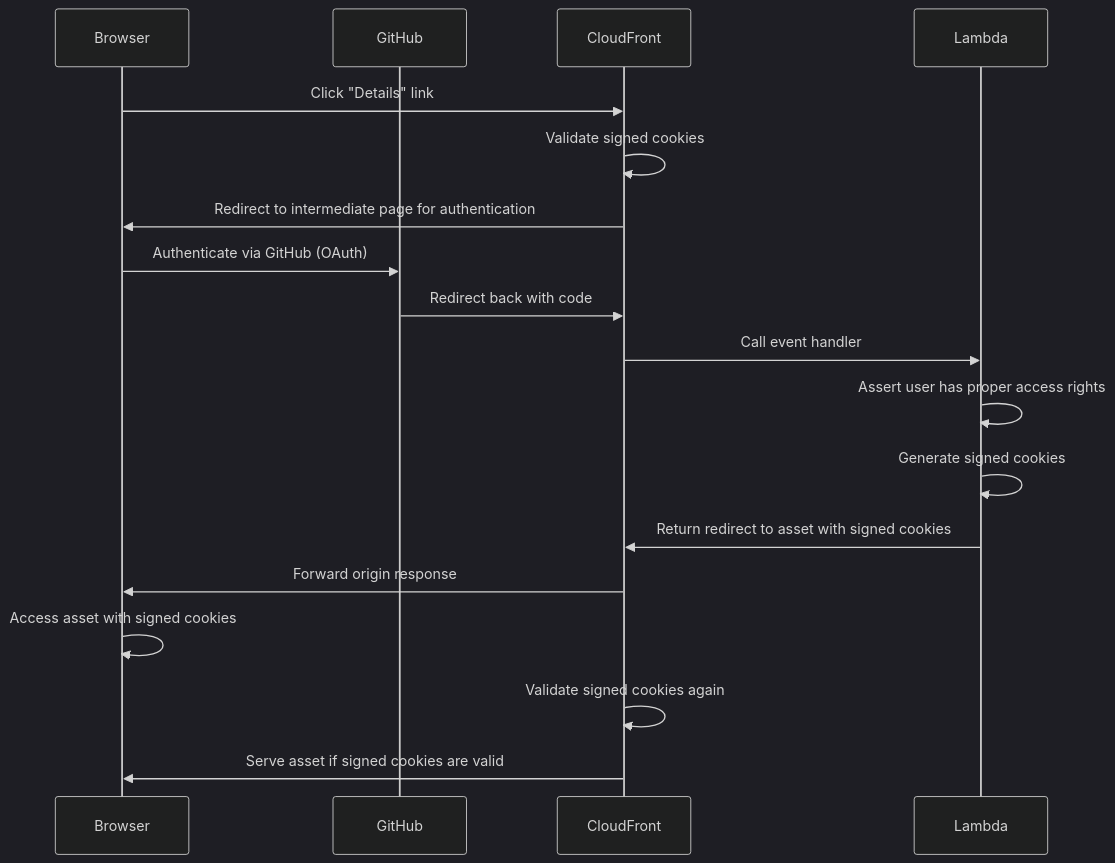
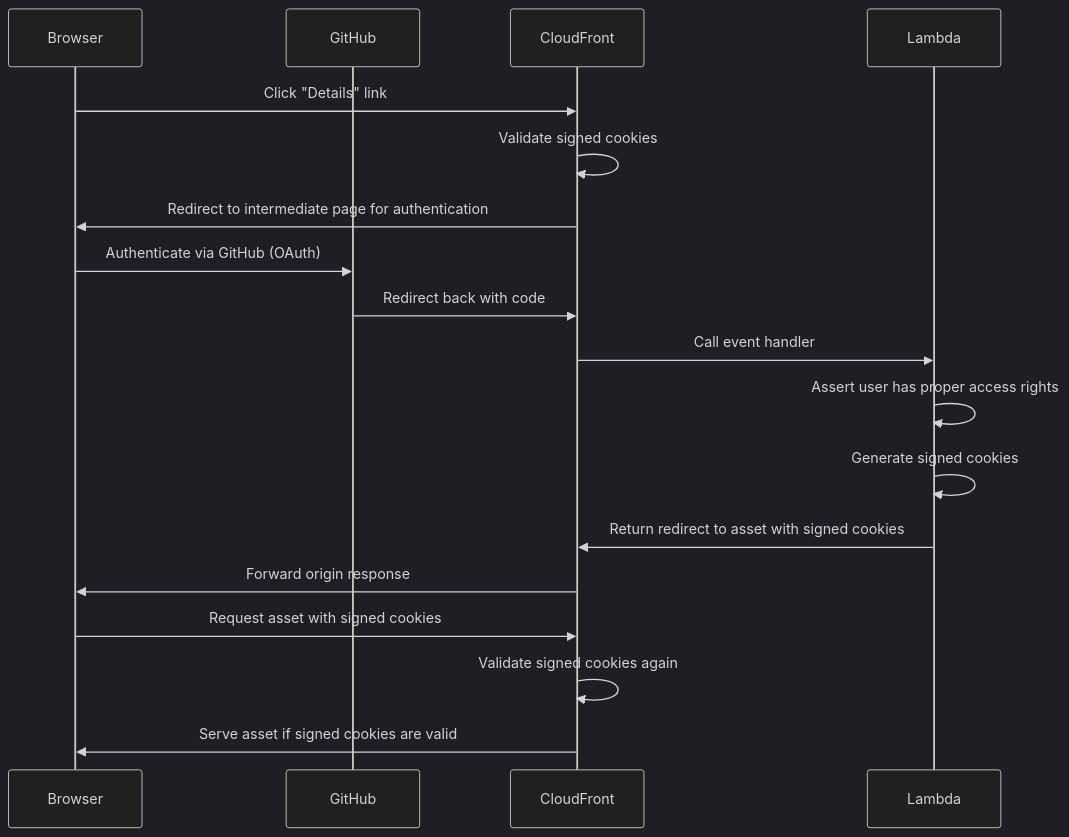
One commit to lasuillard-s/prevstat changed the diagram in README.md. Above: the diagram before and after it, drawn with Mermaid (dark theme). The commit also changed 1 other file, not shown here.

Commit message:
Clarify project overview and sequence diagram
Updated project overview and sequence diagram for clarity.

````diff
--- a/README.md
+++ b/README.md
@@ -25,21 +25,21 @@
 ```mermaid
 sequenceDiagram
   participant browser as Browser
   participant github as GitHub
   participant cloudfront as CloudFront
   participant lambda as Lambda
 
   browser ->> cloudfront: Click "Details" link
   cloudfront ->> cloudfront: Validate signed cookies
   cloudfront ->> browser: Redirect to intermediate page for authentication
   browser ->> github: Authenticate via GitHub (OAuth)
   github ->> cloudfront: Redirect back with code
   cloudfront ->> lambda: Call event handler
   lambda ->> lambda: Assert user has proper access rights
   lambda ->> lambda: Generate signed cookies
   lambda ->> cloudfront: Return redirect to asset with signed cookies
   cloudfront ->> browser: Forward origin response
-  browser ->> browser: Access asset with signed cookies
+  browser ->> cloudfront: Request asset with signed cookies
   cloudfront ->> cloudfront: Validate signed cookies again
   cloudfront ->> browser: Serve asset if signed cookies are valid
 ```
````
